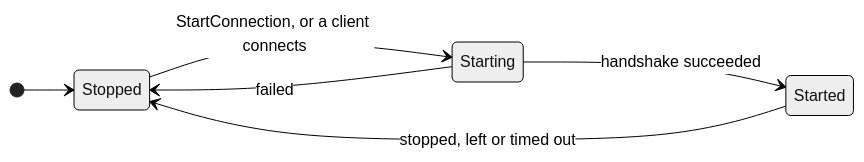
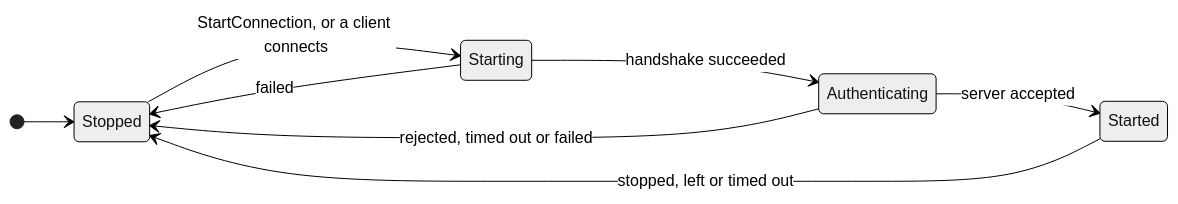
The diagram in concepts/networking-model.md (fomoxa/unity-docs), drawn with Mermaid (neutral theme) before and after one commit. The commit also changed other lines of this file and 33 other files, not shown here.

````diff
--- a/concepts/networking-model.md
+++ b/concepts/networking-model.md
@@ -58,9 +58,11 @@
 ```mermaid
 stateDiagram-v2
     direction LR
     [*] --> Stopped
     Stopped --> Starting: StartConnection, or a client connects
-    Starting --> Started: handshake succeeded
+    Starting --> Authenticating: handshake succeeded
     Starting --> Stopped: failed
+    Authenticating --> Started: server accepted
+    Authenticating --> Stopped: rejected, timed out or failed
     Started --> Stopped: stopped, left or timed out
 ```
````
